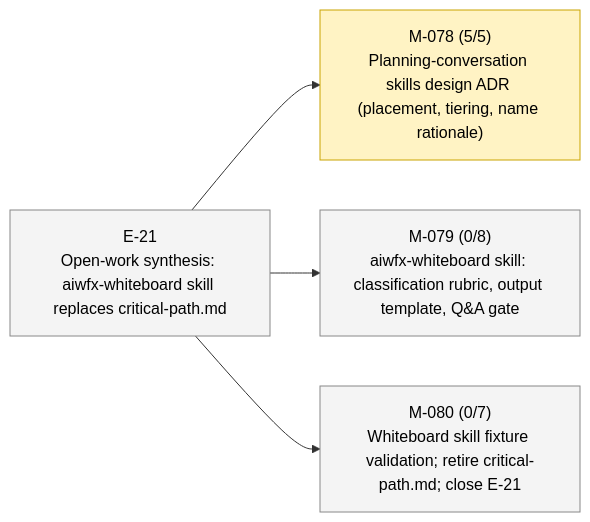
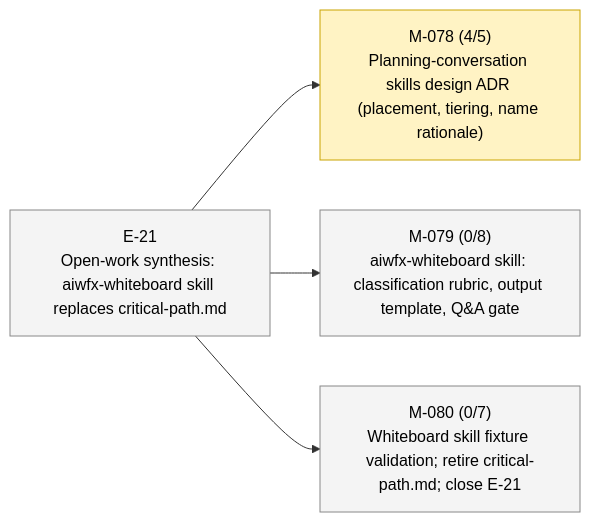
One commit to 23min/aiwf changed the second of 2 diagrams in STATUS.md. Above: the diagram before and after it, drawn with Mermaid. The commit also changed other lines of this file and 1 other file, not shown here.

````diff
--- a/STATUS.md
+++ b/STATUS.md
@@ -47,16 +47,16 @@
 ```mermaid
 flowchart LR
   E_21["E-21<br/>Open-work synthesis: aiwfx-whiteboard skill replaces critical-path.md"]:::epic_proposed
-  M_078["M-078 (5/5)<br/>Planning-conversation skills design ADR (placement, tiering, name rationale)"]:::ms_in_progress
+  M_078["M-078 (4/5)<br/>Planning-conversation skills design ADR (placement, tiering, name rationale)"]:::ms_in_progress
   E_21 --> M_078
   M_079["M-079 (0/8)<br/>aiwfx-whiteboard skill: classification rubric, output template, Q&A gate"]:::ms_draft
   E_21 --> M_079
   M_080["M-080 (0/7)<br/>Whiteboard skill fixture validation; retire critical-path.md; close E-21"]:::ms_draft
   E_21 --> M_080
   classDef epic_active fill:#d6eaff,stroke:#1a73e8,color:#000
   classDef epic_proposed fill:#f4f4f4,stroke:#888,color:#000
   classDef ms_done fill:#d8f5d8,stroke:#2a8a2a,color:#000
   classDef ms_in_progress fill:#fff3c4,stroke:#caa400,color:#000
   classDef ms_draft fill:#f4f4f4,stroke:#888,color:#000
   classDef ms_cancelled fill:#fbeaea,stroke:#c33,color:#000
 ```
````
